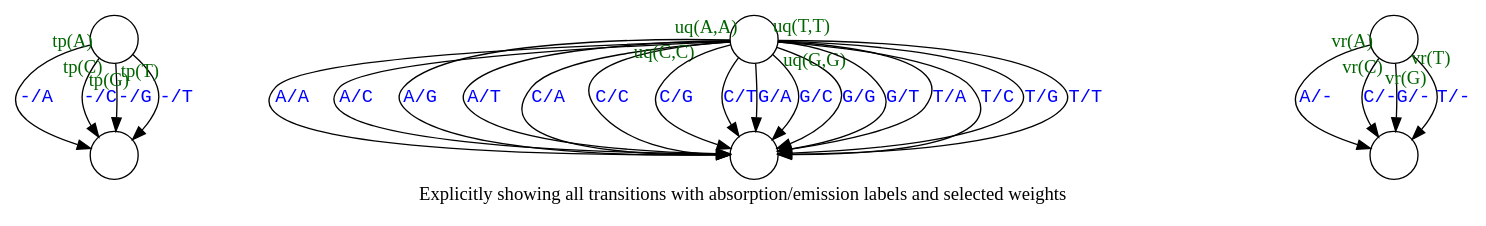
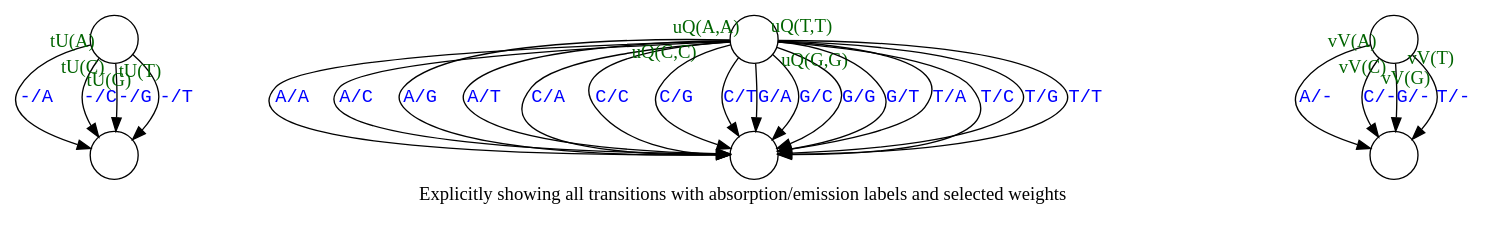
The diagram in fanned-emission.dot (ihh/transducer-tutorial), drawn with Graphviz before and after one commit. The commit also changed 6 other files, not shown here.

```diff
--- a/fanned-emission.dot
+++ b/fanned-emission.dot
@@ -1,45 +1,45 @@
 digraph G {
 
     S [label="", shape=circle];
 
     I [label="", shape=circle];
 
     W [label="", shape=circle, ordering="out"];
     X [label="", shape=circle];
 
     M [label="", shape=circle];
 
     D [label="", shape=circle];
 
-S->I [label="-/A" taillabel="tp(A)" labeldistance=1.4 fontcolor="blue" labelfontcolor="black" fontname="Courier" labelfontname="Times" labelfontcolor="darkgreen"];
-S->I [label="-/C" taillabel="tp(C)" labeldistance=1.4 fontcolor="blue" labelfontcolor="black" fontname="Courier" labelfontname="Times" labelfontcolor="darkgreen"];
-S->I [label="-/G" taillabel="tp(G)" labeldistance=1.4 fontcolor="blue" labelfontcolor="black" fontname="Courier" labelfontname="Times" labelfontcolor="darkgreen"];
-S->I [label="-/T" taillabel="tp(T)" labeldistance=1.4 fontcolor="blue" labelfontcolor="black" fontname="Courier" labelfontname="Times" labelfontcolor="darkgreen"];
+S->I [label="-/A" taillabel="tU(A)" labeldistance=1.4 fontcolor="blue" labelfontcolor="black" fontname="Courier" labelfontname="Times" labelfontcolor="darkgreen"];
+S->I [label="-/C" taillabel="tU(C)" labeldistance=1.4 fontcolor="blue" labelfontcolor="black" fontname="Courier" labelfontname="Times" labelfontcolor="darkgreen"];
+S->I [label="-/G" taillabel="tU(G)" labeldistance=1.4 fontcolor="blue" labelfontcolor="black" fontname="Courier" labelfontname="Times" labelfontcolor="darkgreen"];
+S->I [label="-/T" taillabel="tU(T)" labeldistance=1.4 fontcolor="blue" labelfontcolor="black" fontname="Courier" labelfontname="Times" labelfontcolor="darkgreen"];
 
-X->D [label="A/-" taillabel="vr(A)" labeldistance=1.4 fontcolor="blue" labelfontcolor="black" fontname="Courier" labelfontname="Times" labelfontcolor="darkgreen"];
-X->D [label="C/-" taillabel="vr(C)" labeldistance=1.4 fontcolor="blue" labelfontcolor="black" fontname="Courier" labelfontname="Times" labelfontcolor="darkgreen"];
-X->D [label="G/-" taillabel="vr(G)" labelangle=30 labeldistance=1.4 fontcolor="blue" labelfontcolor="black" fontname="Courier" labelfontname="Times" labelfontcolor="darkgreen"];
-X->D [label="T/-" taillabel="vr(T)" labelangle=30 labeldistance=1.4 fontcolor="blue" labelfontcolor="black" fontname="Courier" labelfontname="Times" labelfontcolor="darkgreen"];
+X->D [label="A/-" taillabel="vV(A)" labeldistance=1.4 fontcolor="blue" labelfontcolor="black" fontname="Courier" labelfontname="Times" labelfontcolor="darkgreen"];
+X->D [label="C/-" taillabel="vV(C)" labeldistance=1.4 fontcolor="blue" labelfontcolor="black" fontname="Courier" labelfontname="Times" labelfontcolor="darkgreen"];
+X->D [label="G/-" taillabel="vV(G)" labelangle=30 labeldistance=1.4 fontcolor="blue" labelfontcolor="black" fontname="Courier" labelfontname="Times" labelfontcolor="darkgreen"];
+X->D [label="T/-" taillabel="vV(T)" labelangle=30 labeldistance=1.4 fontcolor="blue" labelfontcolor="black" fontname="Courier" labelfontname="Times" labelfontcolor="darkgreen"];
 
-W->M [label="A/A" taillabel="uq(A,A)" labelangle=330 labeldistance=2 fontcolor="blue" labelfontcolor="black" fontname="Courier" labelfontname="Times" labelfontcolor="darkgreen"];
+W->M [label="A/A" taillabel="uQ(A,A)" labelangle=330 labeldistance=2 fontcolor="blue" labelfontcolor="black" fontname="Courier" labelfontname="Times" labelfontcolor="darkgreen"];
 W->M [label="A/C" fontcolor="blue" fontname="Courier"];
 W->M [label="A/G" fontcolor="blue" fontname="Courier"];
 W->M [label="A/T" fontcolor="blue" fontname="Courier"];
 
 W->M [label="C/A" fontcolor="blue" fontname="Courier"];
-W->M [label="C/C" taillabel="uq(C,C)" labelangle=5 labeldistance=5 fontcolor="blue" labelfontcolor="black" fontname="Courier" labelfontname="Times" labelfontcolor="darkgreen"];
+W->M [label="C/C" taillabel="uQ(C,C)" labelangle=5 labeldistance=5 fontcolor="blue" labelfontcolor="black" fontname="Courier" labelfontname="Times" labelfontcolor="darkgreen"];
 W->M [label="C/G" fontcolor="blue" fontname="Courier"];
 W->M [label="C/T" fontcolor="blue" fontname="Courier"];
 
 W->M [label="G/A" fontcolor="blue" fontname="Courier"];
 W->M [label="G/C" fontcolor="blue" fontname="Courier"];
-W->M [label="G/G" taillabel="uq(G,G)" labelangle=0 labeldistance=3 fontcolor="blue" labelfontcolor="black" fontname="Courier" labelfontname="Times" labelfontcolor="darkgreen"];
+W->M [label="G/G" taillabel="uQ(G,G)" labelangle=0 labeldistance=3 fontcolor="blue" labelfontcolor="black" fontname="Courier" labelfontname="Times" labelfontcolor="darkgreen"];
 W->M [label="G/T" fontcolor="blue" fontname="Courier"];
 
 W->M [label="T/A" fontcolor="blue" fontname="Courier"];
 W->M [label="T/C" fontcolor="blue" fontname="Courier"];
 W->M [label="T/G" fontcolor="blue" fontname="Courier"];
-W->M [label="T/T" taillabel="uq(T,T)" labelangle=30 labeldistance=2 fontcolor="blue" labelfontcolor="black" fontname="Courier" labelfontname="Times" labelfontcolor="darkgreen"];
+W->M [label="T/T" taillabel="uQ(T,T)" labelangle=30 labeldistance=2 fontcolor="blue" labelfontcolor="black" fontname="Courier" labelfontname="Times" labelfontcolor="darkgreen"];
 
     label="Explicitly showing all transitions with absorption/emission labels and selected weights";
 }
```
